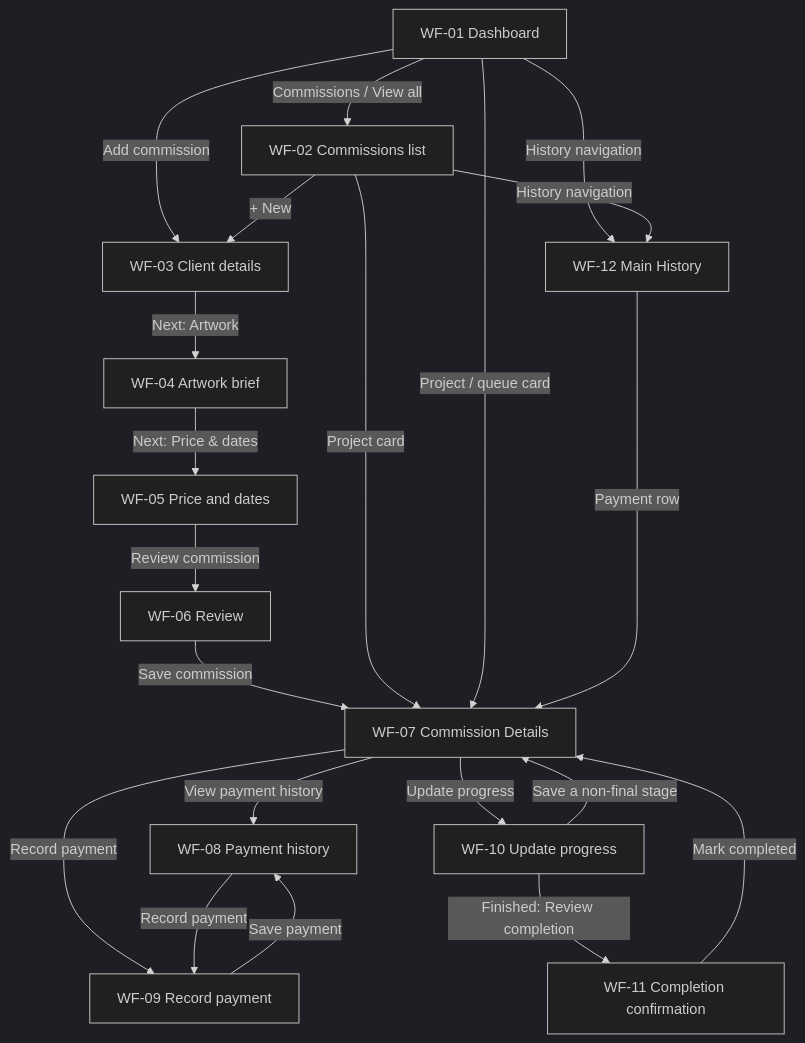
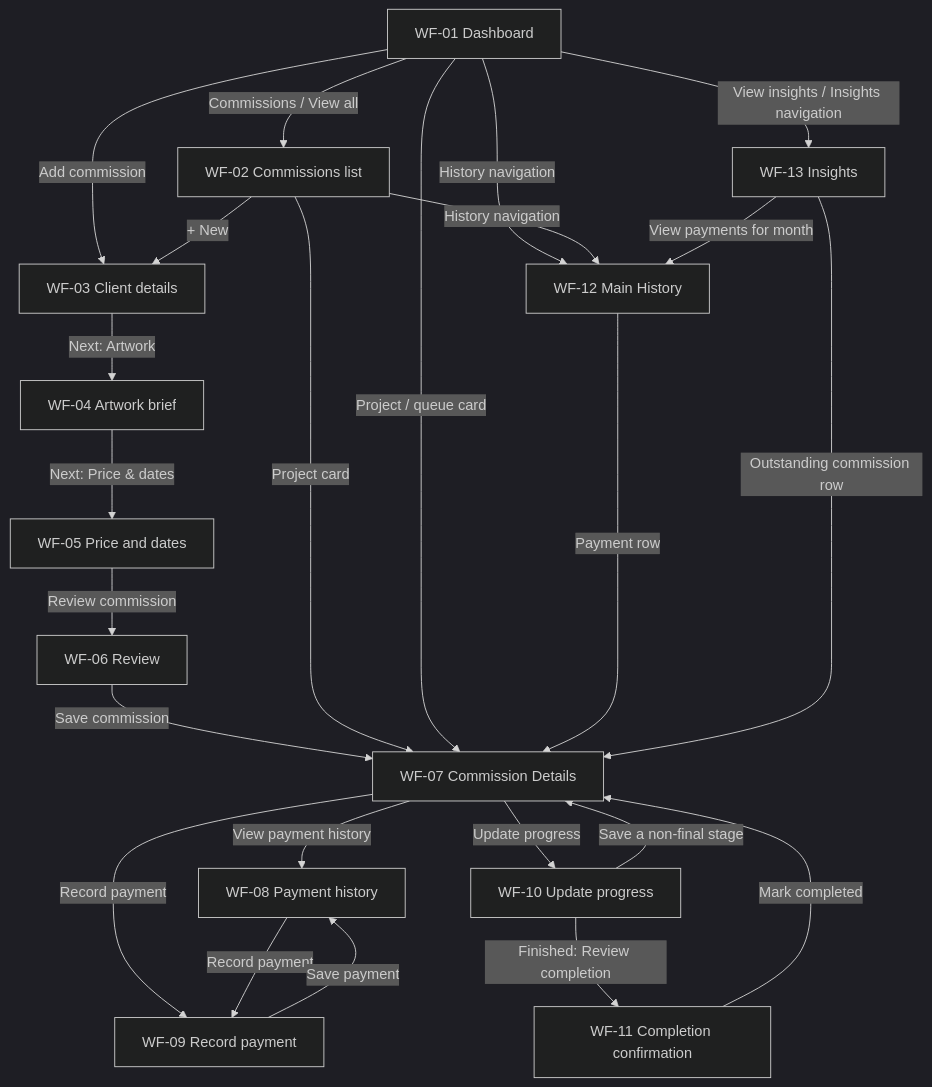
Before and after one commit to yezdenz/obra: the diagram in layout.md, drawn with Mermaid (dark theme). The commit also changed other lines of this file and 10 other files, not shown here.

Commit message:
Draft Insights earnings charts and outstanding balance views

````diff
--- a/layout.md
+++ b/layout.md
@@ -47,23 +49,26 @@
 ```mermaid
 flowchart TD
     Home[WF-01 Dashboard] -->|Commissions / View all| List[WF-02 Commissions list]
     Home -->|Add commission| Client[WF-03 Client details]
     List -->|+ New| Client
     Client -->|Next: Artwork| Artwork[WF-04 Artwork brief]
     Artwork -->|Next: Price & dates| Price[WF-05 Price and dates]
     Price -->|Review commission| Review[WF-06 Review]
     Review -->|Save commission| Detail[WF-07 Commission Details]
     List -->|Project card| Detail
     Home -->|Project / queue card| Detail
     Home -->|History navigation| History[WF-12 Main History]
     List -->|History navigation| History
     History -->|Payment row| Detail
+    Home -->|View insights / Insights navigation| Insights[WF-13 Insights]
+    Insights -->|View payments for month| History
+    Insights -->|Outstanding commission row| Detail
     Detail -->|View payment history| Payments[WF-08 Payment history]
     Detail -->|Record payment| Entry[WF-09 Record payment]
     Payments -->|Record payment| Entry
     Entry -->|Save payment| Payments
     Detail -->|Update progress| Progress[WF-10 Update progress]
     Progress -->|Save a non-final stage| Detail
     Progress -->|Finished: Review completion| Finish[WF-11 Completion confirmation]
     Finish -->|Mark completed| Detail
 ```
````
